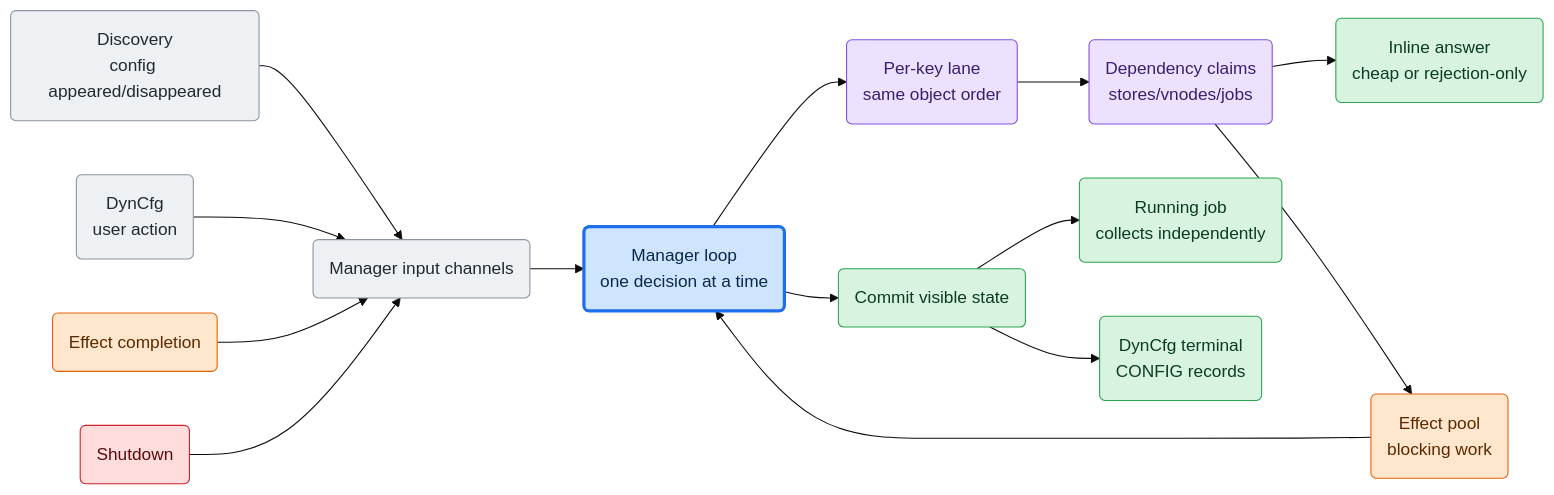
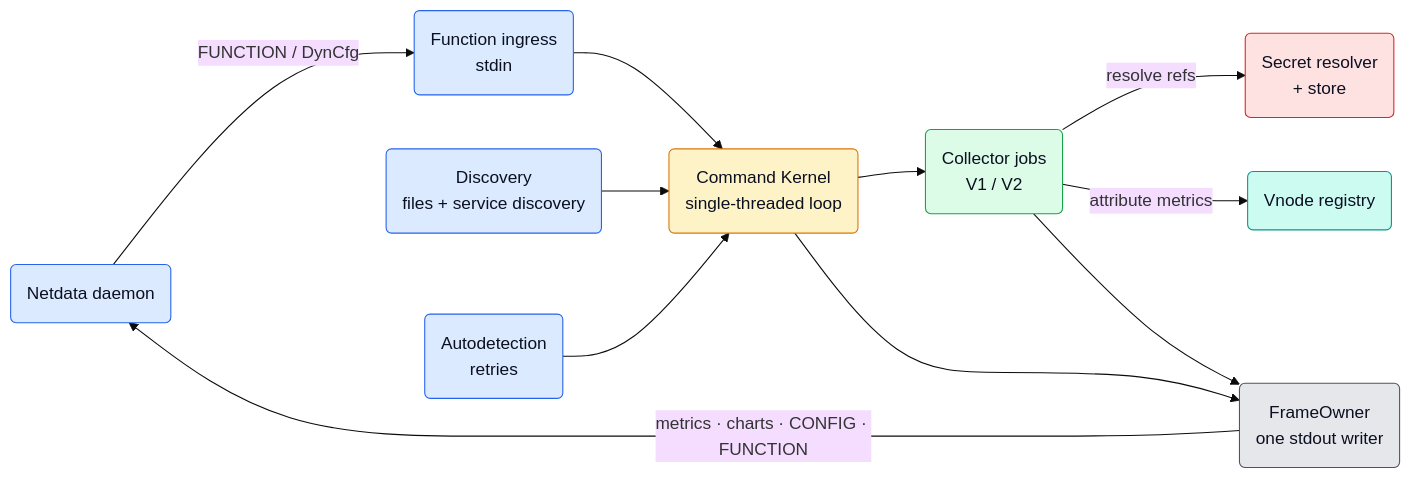
Before and after one commit to netdata/netdata: the second of 6 diagrams in src/go/plugin/agent/jobmgr/ARCHITECTURE.md, drawn with Mermaid (base theme). The commit also changed other lines of this file and 433 other files, not shown here.

Commit message:
refactor(go.d/jobmgr): replace distributed lifecycle with single-owner command kernel (#23203)

````diff
--- a/src/go/plugin/agent/jobmgr/ARCHITECTURE.md
+++ b/src/go/plugin/agent/jobmgr/ARCHITECTURE.md
@@ -40,32 +79,35 @@
 ```mermaid
 flowchart LR
-    discovery("Discovery<br/>config appeared/disappeared") --> input("Manager input channels")
-    dyncfg("DynCfg<br/>user action") --> input
-    finished("Effect completion") --> input
-    shutdown("Shutdown") --> input
+    Daemon("Netdata daemon")
+    Fn("Function ingress<br/>stdin")
+    Disc("Discovery<br/>files + service discovery")
+    Retry("Autodetection<br/>retries")
+    Kernel("Command Kernel<br/>single-threaded loop")
+    Jobs("Collector jobs<br/>V1 / V2")
+    Secrets("Secret resolver<br/>+ store")
+    Vnodes("Vnode registry")
+    Frame("FrameOwner<br/>one stdout writer")
 
-    input --> loop("Manager loop<br/>one decision at a time")
-    loop --> lane("Per-key lane<br/>same object order")
-    lane --> claims("Dependency claims<br/>stores/vnodes/jobs")
-    claims --> inline("Inline answer<br/>cheap or rejection-only")
-    claims --> effect("Effect pool<br/>blocking work")
-    effect --> loop
+    Daemon -->|"FUNCTION / DynCfg"| Fn --> Kernel
+    Disc --> Kernel
+    Retry --> Kernel
+    Kernel --> Jobs
+    Jobs -->|"resolve refs"| Secrets
+    Jobs -->|"attribute metrics"| Vnodes
+    Jobs --> Frame
+    Kernel --> Frame
+    Frame -->|"metrics · charts · CONFIG · FUNCTION"| Daemon
 
-    loop --> commit("Commit visible state")
-    commit --> running("Running job<br/>collects independently")
-    commit --> output("DynCfg terminal<br/>CONFIG records")
-
-    classDef loop fill:#cfe4ff,stroke:#1f6feb,stroke-width:3px,color:#0b2948;
-    classDef input fill:#eef1f4,stroke:#8b949e,color:#24292f;
-    classDef sched fill:#ece2ff,stroke:#8250df,color:#3b1f6b;
-    classDef effect fill:#ffe6cc,stroke:#e36209,color:#5a2a00;
-    classDef commit fill:#d8f3e0,stroke:#2da44e,color:#0b3d1f;
-    classDef hard fill:#ffdcdc,stroke:#cf222e,color:#5a0b0b;
-
-    class loop loop;
-    class discovery,dyncfg,input input;
-    class shutdown hard;
-    class finished,effect effect;
-    class lane,claims sched;
-    class inline,commit,running,output commit;
+    classDef ext fill:#dbeafe,stroke:#2563eb,color:#0b1021;
+    classDef core fill:#fef3c7,stroke:#d97706,color:#0b1021;
+    classDef job fill:#dcfce7,stroke:#16a34a,color:#0b1021;
+    classDef sec fill:#fee2e2,stroke:#dc2626,color:#0b1021;
+    classDef vn fill:#ccfbf1,stroke:#0d9488,color:#0b1021;
+    classDef out fill:#e5e7eb,stroke:#4b5563,color:#0b1021;
+    class Daemon,Fn,Disc,Retry ext;
+    class Kernel core;
+    class Jobs job;
+    class Secrets sec;
+    class Vnodes vn;
+    class Frame out;
 ```
````
